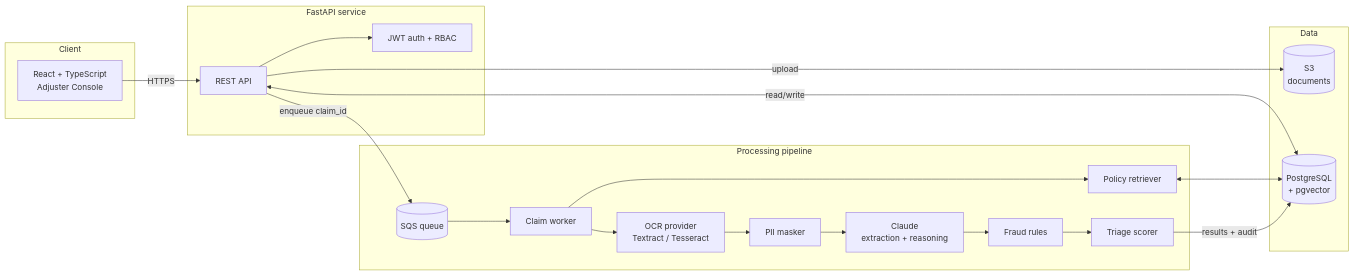
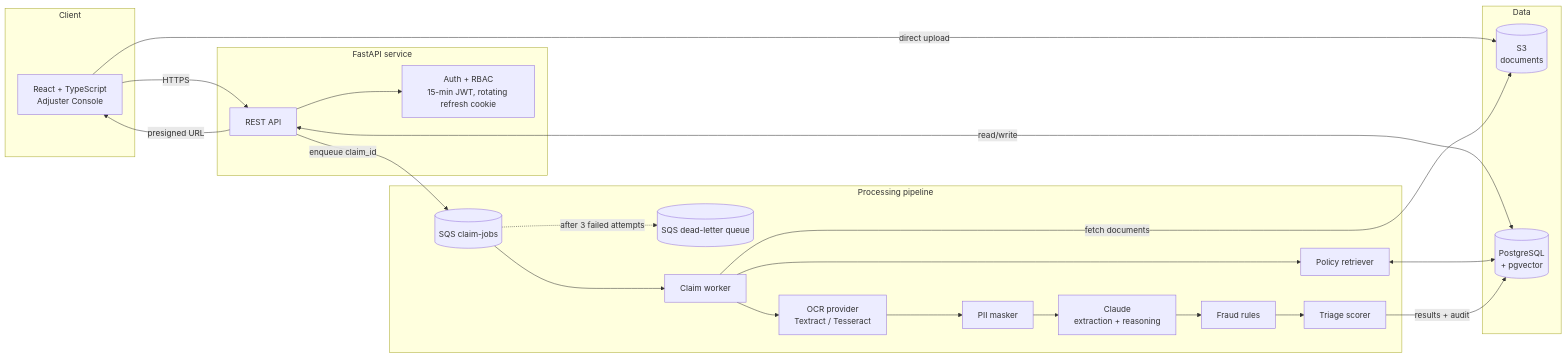
One commit to ABHI-742/claimlens changed the diagram in README.md. Above: the diagram before and after it, drawn with Mermaid. The commit also changed other lines of this file and 5 other files, not shown here.

First line of the commit message:
Bring architecture docs up to date with the code

````diff
--- a/README.md
+++ b/README.md
@@ -30,39 +30,43 @@
 ```mermaid
 flowchart LR
     subgraph Client
         UI[React + TypeScript<br/>Adjuster Console]
     end
 
     subgraph API["FastAPI service"]
         R[REST API]
-        AUTH[JWT auth + RBAC]
+        AUTH["Auth + RBAC<br/>15-min JWT, rotating refresh cookie"]
     end
 
     subgraph Async["Processing pipeline"]
-        Q[(SQS queue)]
+        Q[(SQS claim-jobs)]
+        DLQ[(SQS dead-letter queue)]
         W[Claim worker]
         OCR[OCR provider<br/>Textract / Tesseract]
         PII[PII masker]
         LLM[Claude<br/>extraction + reasoning]
         RAG[Policy retriever]
         FR[Fraud rules]
         TR[Triage scorer]
     end
 
     subgraph Data
         S3[(S3<br/>documents)]
         PG[(PostgreSQL<br/>+ pgvector)]
     end
 
     UI -->|HTTPS| R
     R --> AUTH
-    R -->|upload| S3
+    R -->|presigned URL| UI
+    UI -->|direct upload| S3
     R -->|enqueue claim_id| Q
     R <-->|read/write| PG
     Q --> W
+    Q -.->|after 3 failed attempts| DLQ
+    W -->|fetch documents| S3
     W --> OCR --> PII --> LLM
     W --> RAG
     RAG <--> PG
     LLM --> FR --> TR
     TR -->|results + audit| PG
 ```
````
